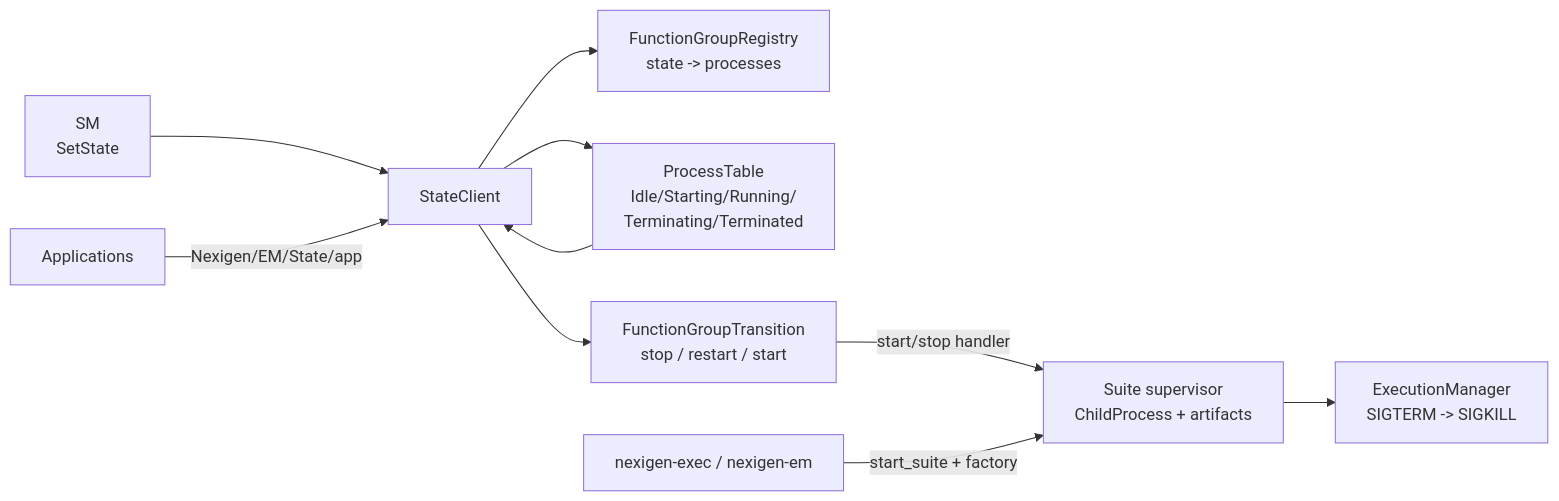
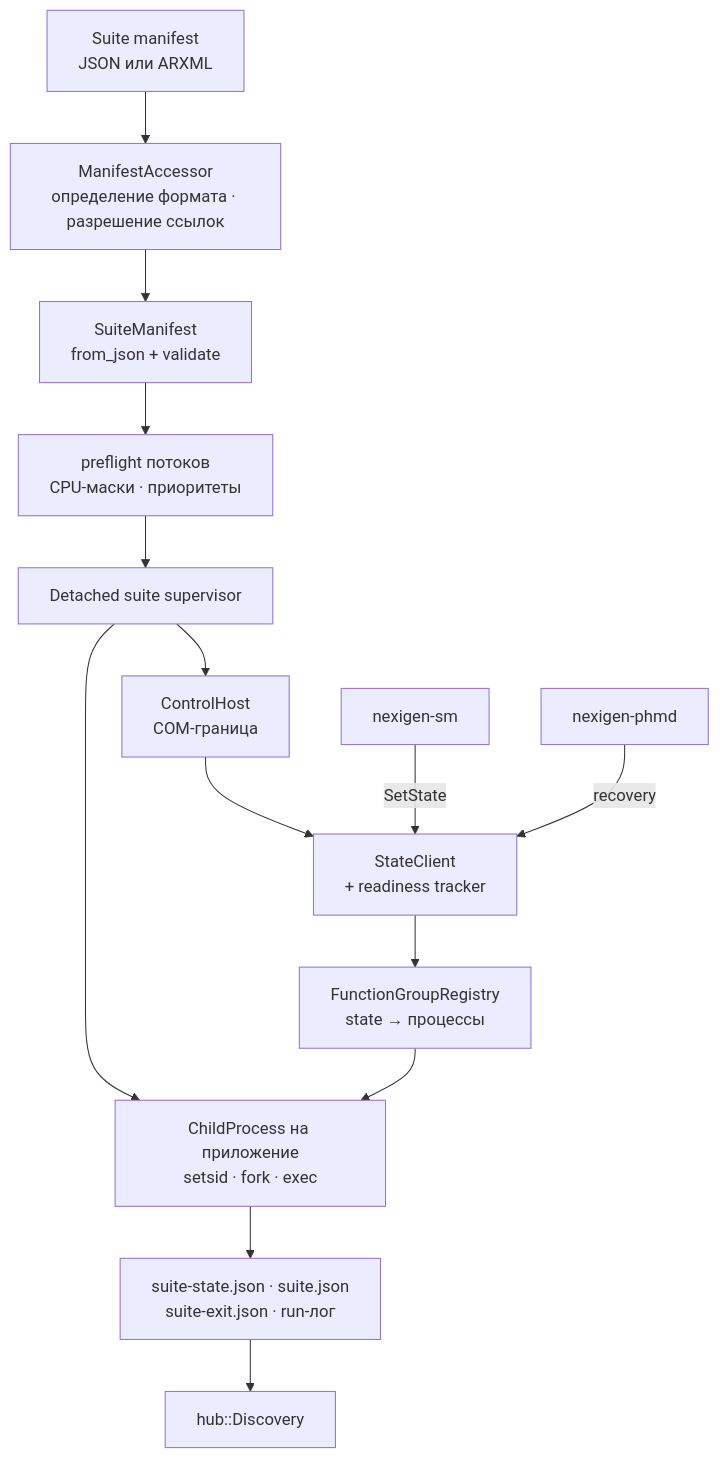
Before and after one commit to nexigen-tech/nexigen-cpp: the fourth of 7 diagrams in docs/architecture.md, drawn with Mermaid. The commit also changed other lines of this file and 88 other files, not shown here.

````diff
--- a/docs/architecture.md
+++ b/docs/architecture.md
@@ -271,12 +657,16 @@
 ```mermaid
-flowchart LR
-    SM3["SM<br/>SetState"] --> SC3["StateClient"]
-    SC3 --> REG3["FunctionGroupRegistry<br/>state -> processes"]
-    SC3 --> PT3["ProcessTable<br/>Idle/Starting/Running/<br/>Terminating/Terminated"]
-    SC3 --> TR3["FunctionGroupTransition<br/>stop / restart / start"]
-    TR3 -->|start/stop handler| SUP3["Suite supervisor<br/>ChildProcess + artifacts"]
-    SUP3 --> EM3["ExecutionManager<br/>SIGTERM -> SIGKILL"]
-    APP3["Applications"] -->|Nexigen/EM/State/app| SC3
-    PT3 --> SC3
-    EXEC3["nexigen-exec / nexigen-em"] -->|start_suite + factory| SUP3
+flowchart TD
+    MAN["Suite manifest<br/>JSON или ARXML"] --> ACCESSOR["ManifestAccessor<br/>определение формата · разрешение ссылок"]
+    ACCESSOR --> VALID["SuiteManifest<br/>from_json + validate"]
+    VALID --> PRE["preflight потоков<br/>CPU-маски · приоритеты"]
+    PRE --> SUP["Detached suite supervisor"]
+    SUP --> HOST["ControlHost<br/>COM-граница"]
+    HOST --> SC["StateClient<br/>+ readiness tracker"]
+    SUP --> CHILD["ChildProcess на приложение<br/>setsid · fork · exec"]
+    CHILD --> STATE["suite-state.json · suite.json<br/>suite-exit.json · run-лог"]
+    STATE --> HUB["hub::Discovery"]
+    SC --> FG["FunctionGroupRegistry<br/>state → процессы"]
+    FG --> CHILD
+    SM["nexigen-sm"] -->|"SetState"| SC
+    PHM["nexigen-phmd"] -->|"recovery"| SC
 ```
````
